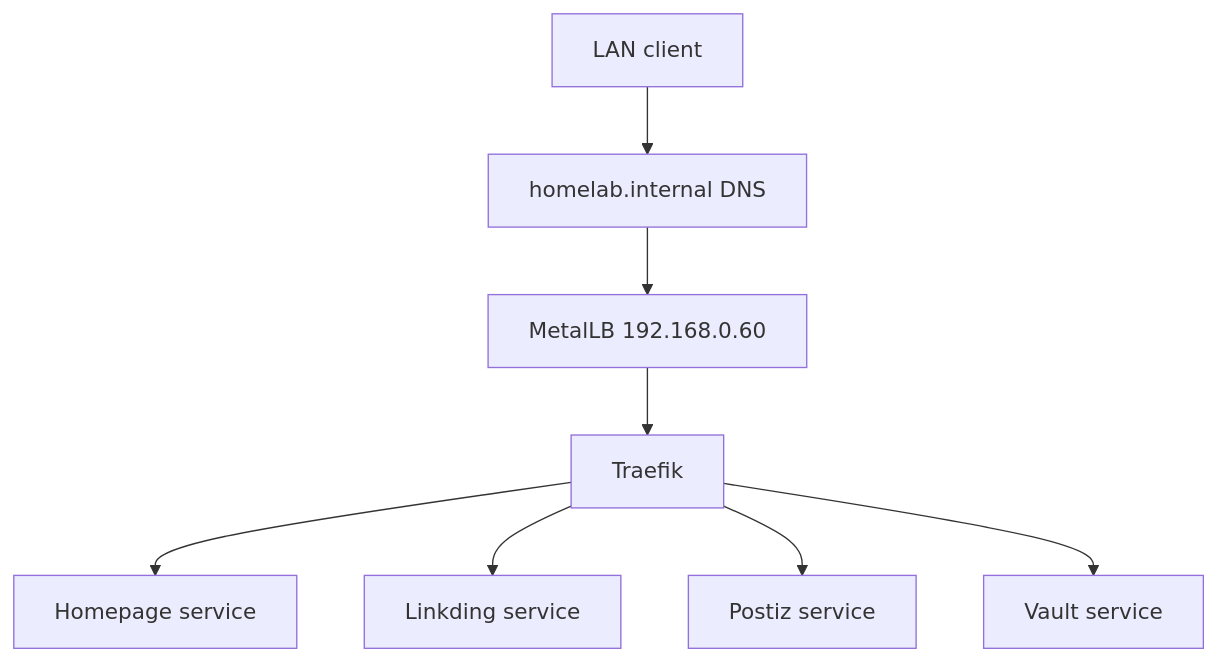
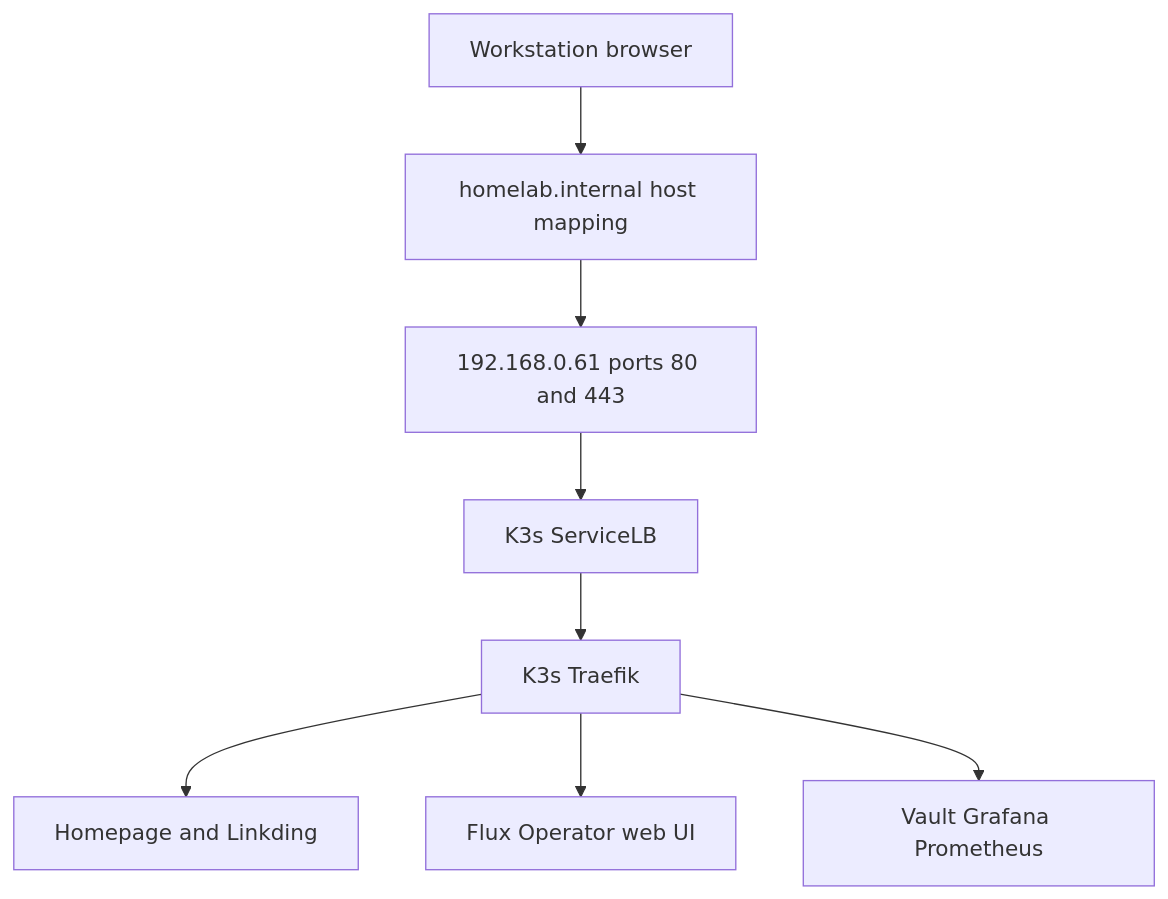
Before and after one commit to HYP3R00T/homelab: the diagram in docs/architecture/traffic-flow.md, drawn with Mermaid. The commit also changed other lines of this file and 265 other files, not shown here.

````diff
--- a/docs/architecture/traffic-flow.md
+++ b/docs/architecture/traffic-flow.md
@@ -13,10 +5,10 @@
 ```mermaid
 flowchart TB
-    Client[LAN client] --> DNS[homelab.internal DNS]
-    DNS --> VIP[MetalLB 192.168.0.60]
-    VIP --> Traefik[Traefik]
-    Traefik --> Homepage[Homepage service]
-    Traefik --> Linkding[Linkding service]
-    Traefik --> Postiz[Postiz service]
-    Traefik --> Vault[Vault service]
+    Browser[Workstation browser] --> Hosts[homelab.internal host mapping]
+    Hosts --> Node[192.168.0.61 ports 80 and 443]
+    Node --> LB[K3s ServiceLB]
+    LB --> Traefik[K3s Traefik]
+    Traefik --> Apps[Homepage and Linkding]
+    Traefik --> Flux[Flux Operator web UI]
+    Traefik --> Services[Vault Grafana Prometheus]
 ```
````
